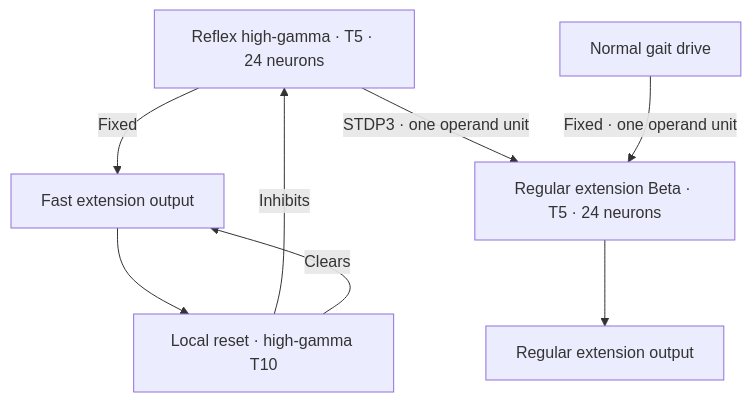
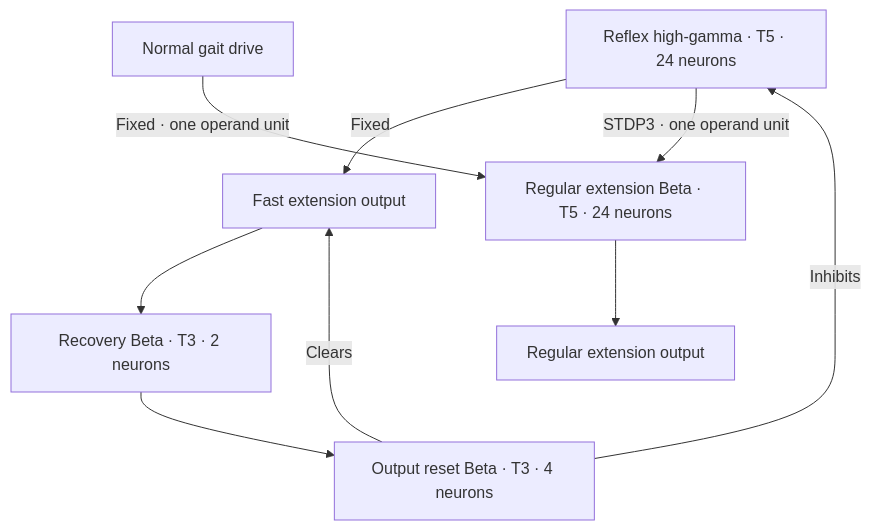
The diagram in docs/REFLEX.md (artificial-brains-inc/primalux-quadruped-walk-neural-loop), drawn with Mermaid before and after one commit. The commit also changed other lines of this file and 22 other files, not shown here.

First line of the commit message:
Add neural push before swing and extend local reflex recovery

````diff
--- a/docs/REFLEX.md
+++ b/docs/REFLEX.md
@@ -6,10 +6,11 @@
 ```mermaid
 flowchart TD
   H["Reflex high-gamma · T5 · 24 neurons"] -->|Fixed| F["Fast extension output"]
   H -->|STDP3 · one operand unit| B["Regular extension Beta · T5 · 24 neurons"]
   G["Normal gait drive"] -->|Fixed · one operand unit| B
   B --> O["Regular extension output"]
-  F --> R["Local reset · high-gamma T10"]
+  F --> C["Recovery Beta · T3 · 2 neurons"]
+  C --> R["Output reset Beta · T3 · 4 neurons"]
   R -->|Inhibits| H
   R -->|Clears| F
 ```
````
